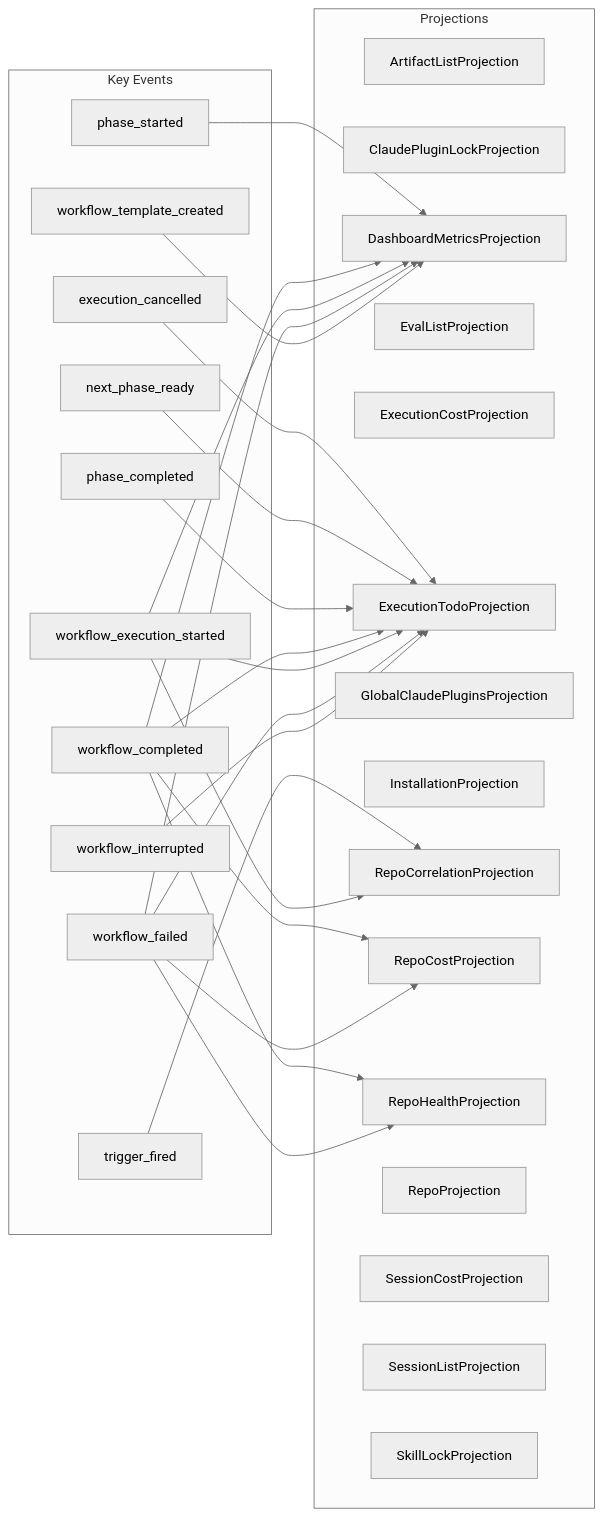
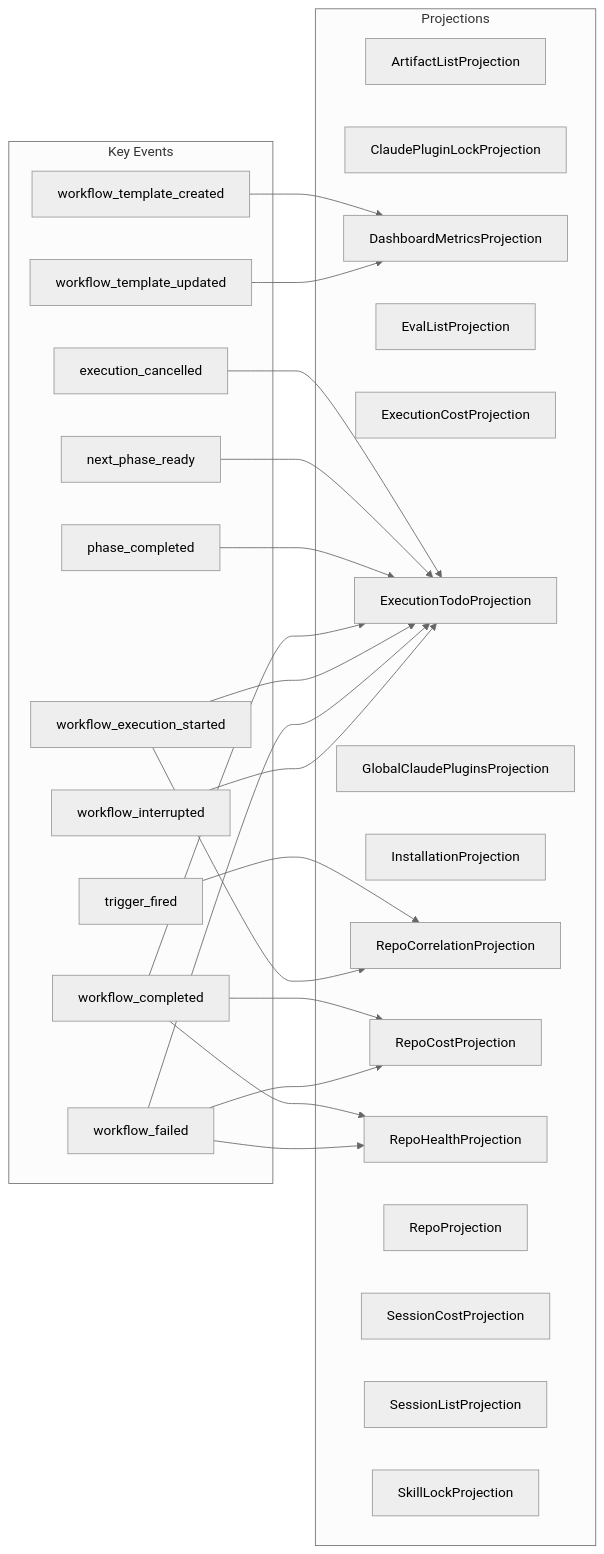
The diagram in docs/architecture/projection-subscriptions.md (syntropic137/syntropic137), drawn with Mermaid (neutral theme) before and after one commit. The commit also changed other lines of this file and 1 other file, not shown here.

Commit message:
docs(architecture): regenerate projection subscriptions after #2272

````diff
--- a/docs/architecture/projection-subscriptions.md
+++ b/docs/architecture/projection-subscriptions.md
@@ -15,52 +15,49 @@
 ```mermaid
 graph LR
     subgraph events["Key Events"]
         e1[workflow_execution_started]
         e2[workflow_failed]
         e3[workflow_completed]
         e4[execution_cancelled]
         e5[phase_completed]
         e6[workflow_interrupted]
         e7[next_phase_ready]
-        e8[phase_started]
-        e9[trigger_fired]
-        e10[workflow_template_created]
+        e8[trigger_fired]
+        e9[workflow_template_created]
+        e10[workflow_template_updated]
     end
 
     subgraph projections["Projections"]
         p1[ArtifactListProjection]
         p2[ClaudePluginLockProjection]
         p3[DashboardMetricsProjection]
         p4[EvalListProjection]
         p5[ExecutionCostProjection]
         p6[ExecutionTodoProjection]
         p7[GlobalClaudePluginsProjection]
         p8[InstallationProjection]
         p9[RepoCorrelationProjection]
         p10[RepoCostProjection]
         p11[RepoHealthProjection]
         p12[RepoProjection]
         p13[SessionCostProjection]
         p14[SessionListProjection]
         p15[SkillLockProjection]
     end
 
     e4 --> p6
     e7 --> p6
     e5 --> p6
-    e8 --> p3
-    e9 --> p9
-    e3 --> p3
+    e8 --> p9
     e3 --> p6
     e3 --> p10
     e3 --> p11
-    e1 --> p3
     e1 --> p6
     e1 --> p9
-    e2 --> p3
     e2 --> p6
     e2 --> p10
     e2 --> p11
     e6 --> p6
+    e9 --> p3
     e10 --> p3
 ```
````
